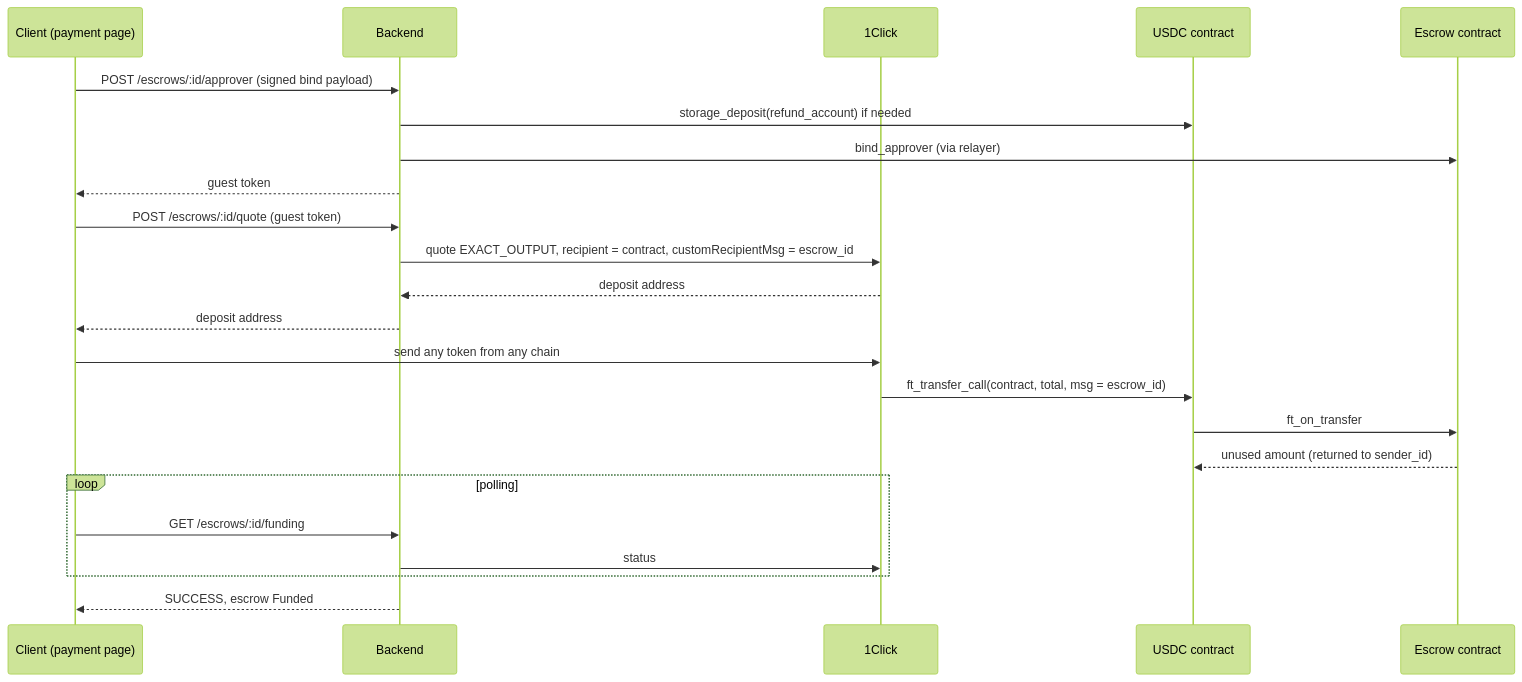
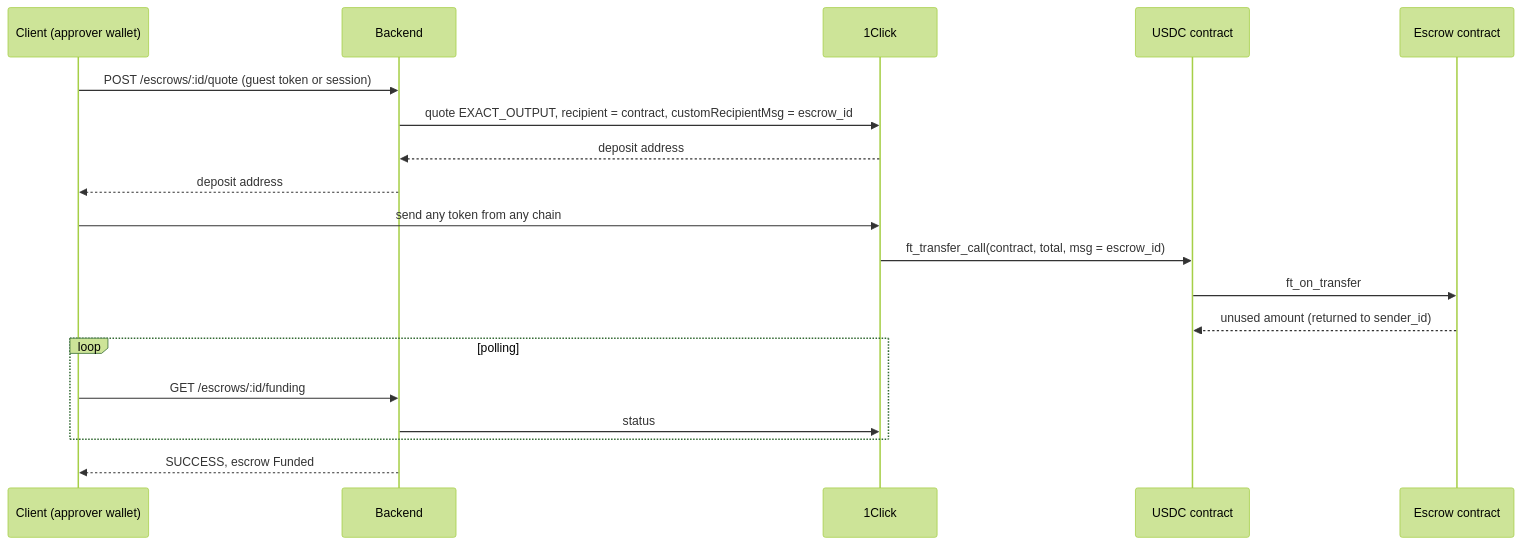
One commit to harundarat/vecrow changed the fourth of 6 diagrams in docs/architecture.md. Above: the diagram before and after it, drawn with Mermaid (forest theme). The commit also changed other lines of this file and 3 other files, not shown here.

````diff
--- a/docs/architecture.md
+++ b/docs/architecture.md
@@ -133,26 +186,22 @@
 ```mermaid
 sequenceDiagram
-    participant C as Client (payment page)
+    participant C as Client (approver wallet)
     participant B as Backend
     participant O as 1Click
     participant U as USDC contract
     participant E as Escrow contract
 
-    C->>B: POST /escrows/:id/approver (signed bind payload)
-    B->>U: storage_deposit(refund_account) if needed
-    B->>E: bind_approver (via relayer)
-    B-->>C: guest token
-    C->>B: POST /escrows/:id/quote (guest token)
+    C->>B: POST /escrows/:id/quote (guest token or session)
     B->>O: quote EXACT_OUTPUT, recipient = contract, customRecipientMsg = escrow_id
     O-->>B: deposit address
     B-->>C: deposit address
     C->>O: send any token from any chain
     O->>U: ft_transfer_call(contract, total, msg = escrow_id)
     U->>E: ft_on_transfer
     E-->>U: unused amount (returned to sender_id)
     loop polling
         C->>B: GET /escrows/:id/funding
         B->>O: status
     end
     B-->>C: SUCCESS, escrow Funded
 ```
````
